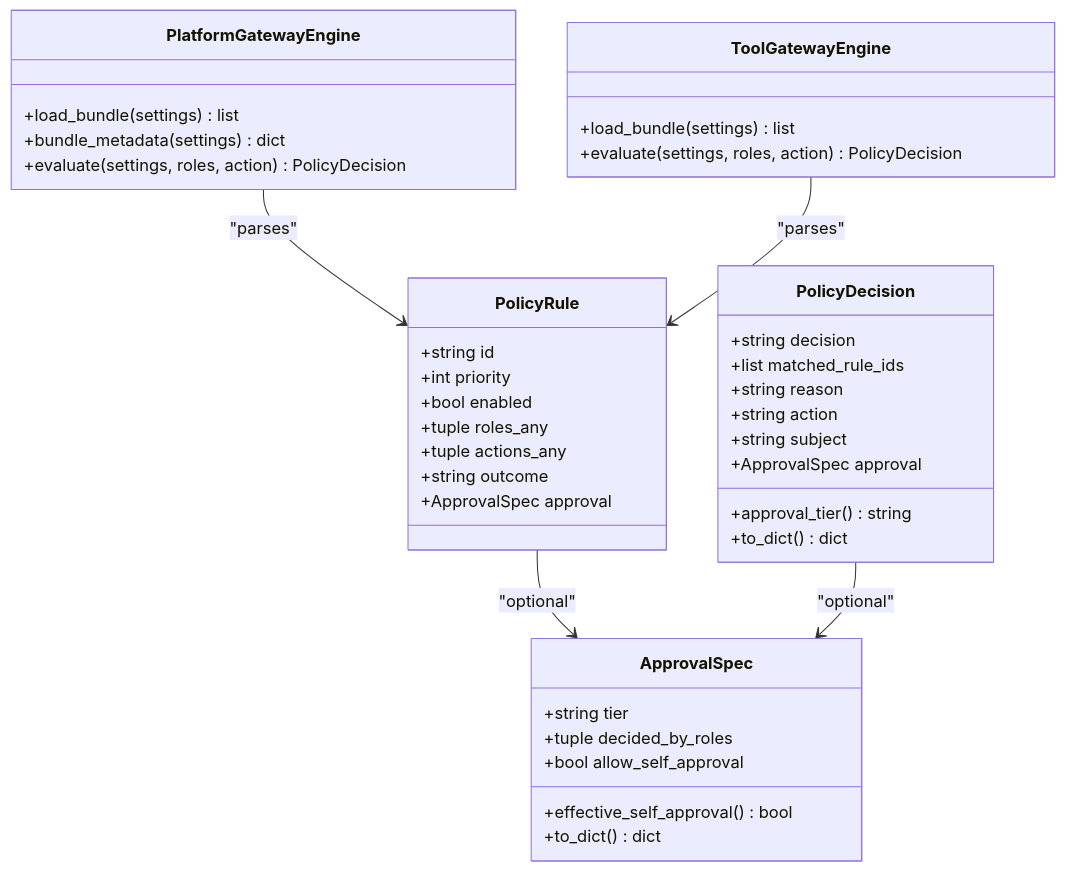
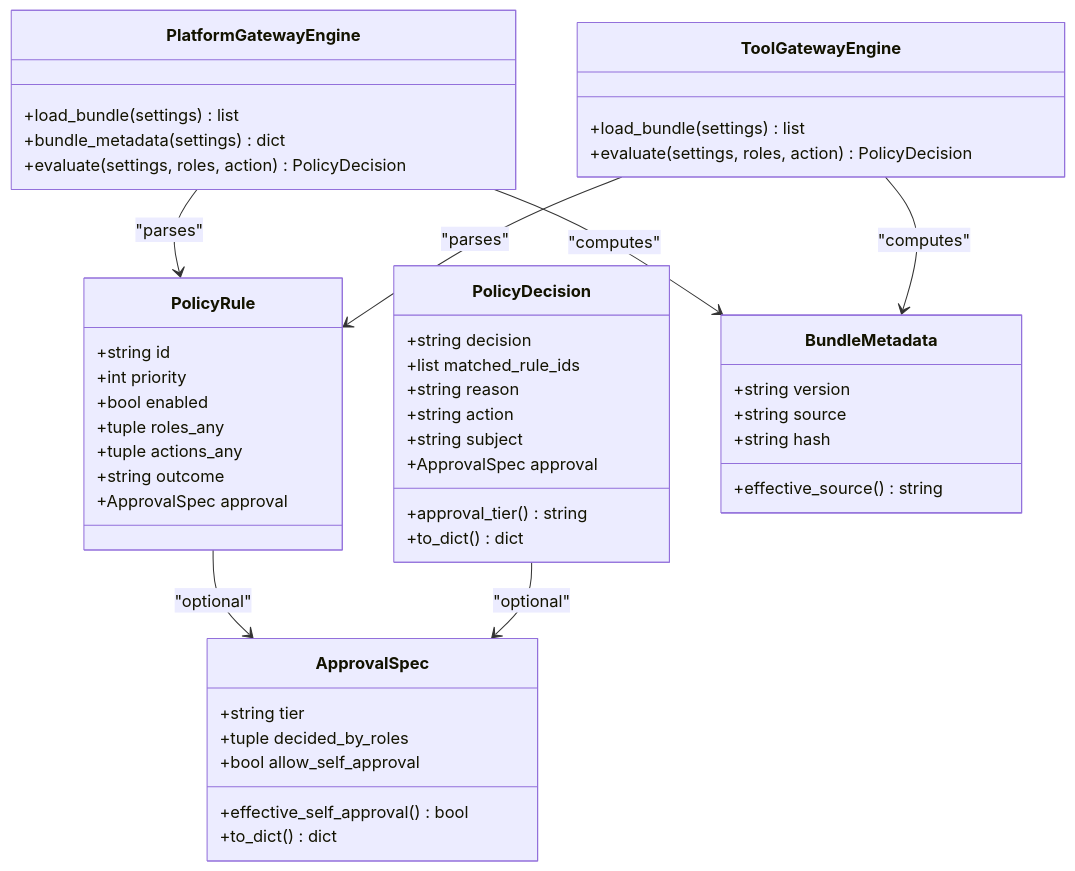
One commit to metasync/luban-aiops changed the third of 7 diagrams in .qoder/repowiki/en/content/Policy Management/Policy Rollout Controls Spike.md. Above: the diagram before and after it, drawn with Mermaid. The commit also changed other lines of this file and 16 other files, not shown here.

````diff
--- a/.qoder/repowiki/en/content/Policy Management/Policy Rollout Controls Spike.md
+++ b/.qoder/repowiki/en/content/Policy Management/Policy Rollout Controls Spike.md
@@ -131,42 +153,50 @@
 ```mermaid
 classDiagram
 class PolicyRule {
 +string id
 +int priority
 +bool enabled
 +tuple roles_any
 +tuple actions_any
 +string outcome
 +ApprovalSpec approval
 }
 class ApprovalSpec {
 +string tier
 +tuple decided_by_roles
 +bool allow_self_approval
 +effective_self_approval() bool
 +to_dict() dict
 }
 class PolicyDecision {
 +string decision
 +list matched_rule_ids
 +string reason
 +string action
 +string subject
 +ApprovalSpec approval
 +approval_tier() string
 +to_dict() dict
 }
 class PlatformGatewayEngine {
 +load_bundle(settings) list
 +bundle_metadata(settings) dict
 +evaluate(settings, roles, action) PolicyDecision
 }
 class ToolGatewayEngine {
 +load_bundle(settings) list
 +evaluate(settings, roles, action) PolicyDecision
 }
+class BundleMetadata {
++string version
++string source
++string hash
++effective_source() string
+}
 PlatformGatewayEngine --> PolicyRule : "parses"
 ToolGatewayEngine --> PolicyRule : "parses"
+PlatformGatewayEngine --> BundleMetadata : "computes"
+ToolGatewayEngine --> BundleMetadata : "computes"
 PolicyRule --> ApprovalSpec : "optional"
 PolicyDecision --> ApprovalSpec : "optional"
 ```
````
